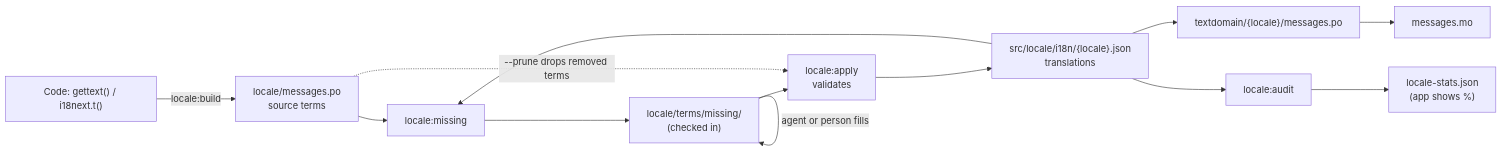
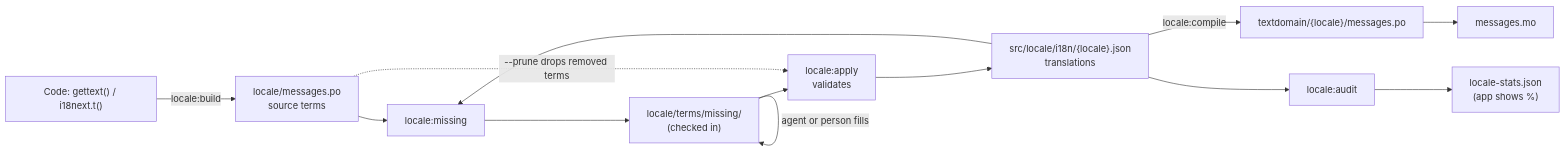
The first of 2 diagrams in docs/maintainers/locale-design.md (ChurchCRM/CRM), drawn with Mermaid before and after one commit. The commit also changed other lines of this file and 9 other files, not shown here.

First line of the commit message:
Make locale:apply JSON-only and locale:compile the only catalog writer

````diff
--- a/docs/maintainers/locale-design.md
+++ b/docs/maintainers/locale-design.md
@@ -43,14 +43,14 @@
 ```mermaid
 flowchart LR
     code["Code: gettext() / i18next.t()"] -->|locale:build| src["locale/messages.po<br/>source terms"]
     src --> miss["locale:missing"]
     json["src/locale/i18n/{locale}.json<br/>translations"] --> miss
     miss --> batch["locale/terms/missing/<br/>(checked in)"]
     batch -->|agent or person fills| batch
     batch --> apply["locale:apply<br/>validates"]
     apply --> json
-    json --> po["textdomain/{locale}/messages.po"]
+    json -->|locale:compile| po["textdomain/{locale}/messages.po"]
     po --> mo["messages.mo"]
     src -. "--prune drops removed terms" .-> apply
     json --> audit["locale:audit"] --> stats["locale-stats.json<br/>(app shows %)"]
 ```
````
